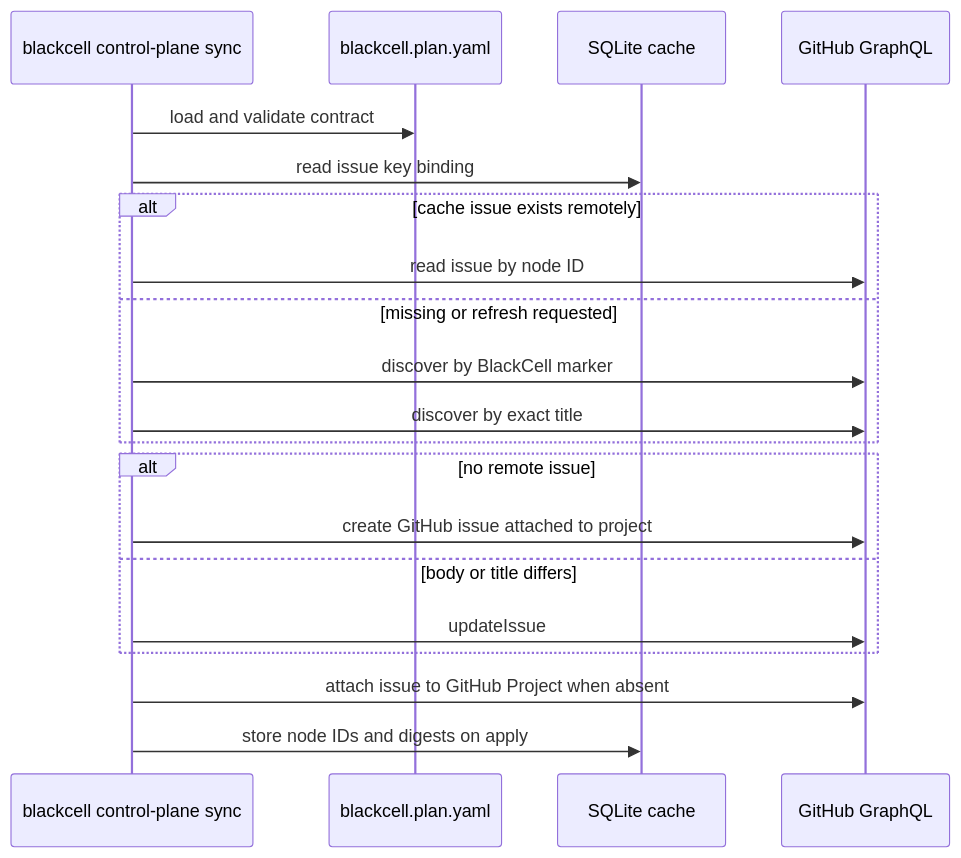
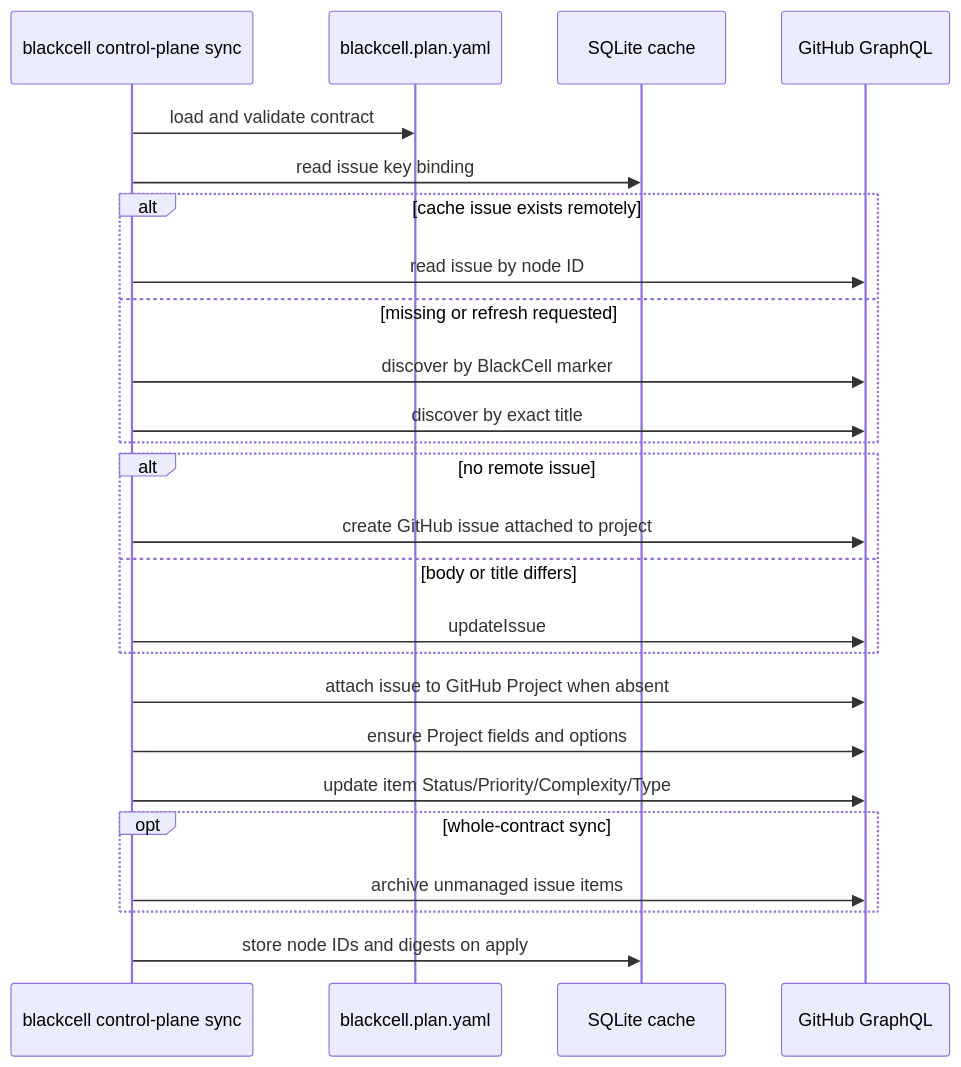
Before and after one commit to kmosoti/blackcell: the fourth of 6 diagrams in docs/control-plane-configuration.md, drawn with Mermaid. The commit also changed other lines of this file and 12 other files, not shown here.

Commit message:
Sync GitHub Project fields from contract

````diff
--- a/docs/control-plane-configuration.md
+++ b/docs/control-plane-configuration.md
@@ -217,23 +228,28 @@
 ```mermaid
 sequenceDiagram
     participant CLI as blackcell control-plane sync
     participant Plan as blackcell.plan.yaml
     participant Cache as SQLite cache
     participant GH as GitHub GraphQL
 
     CLI->>Plan: load and validate contract
     CLI->>Cache: read issue key binding
     alt cache issue exists remotely
         CLI->>GH: read issue by node ID
     else missing or refresh requested
         CLI->>GH: discover by BlackCell marker
         CLI->>GH: discover by exact title
     end
     alt no remote issue
         CLI->>GH: create GitHub issue attached to project
     else body or title differs
         CLI->>GH: updateIssue
     end
     CLI->>GH: attach issue to GitHub Project when absent
+    CLI->>GH: ensure Project fields and options
+    CLI->>GH: update item Status/Priority/Complexity/Type
+    opt whole-contract sync
+        CLI->>GH: archive unmanaged issue items
+    end
     CLI->>Cache: store node IDs and digests on apply
 ```
````
